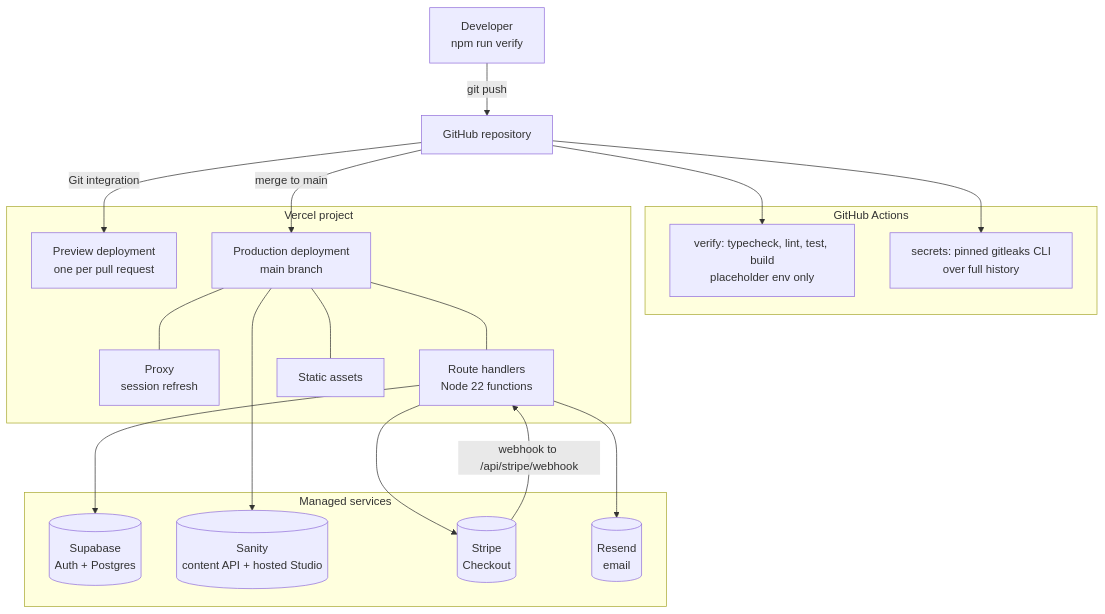
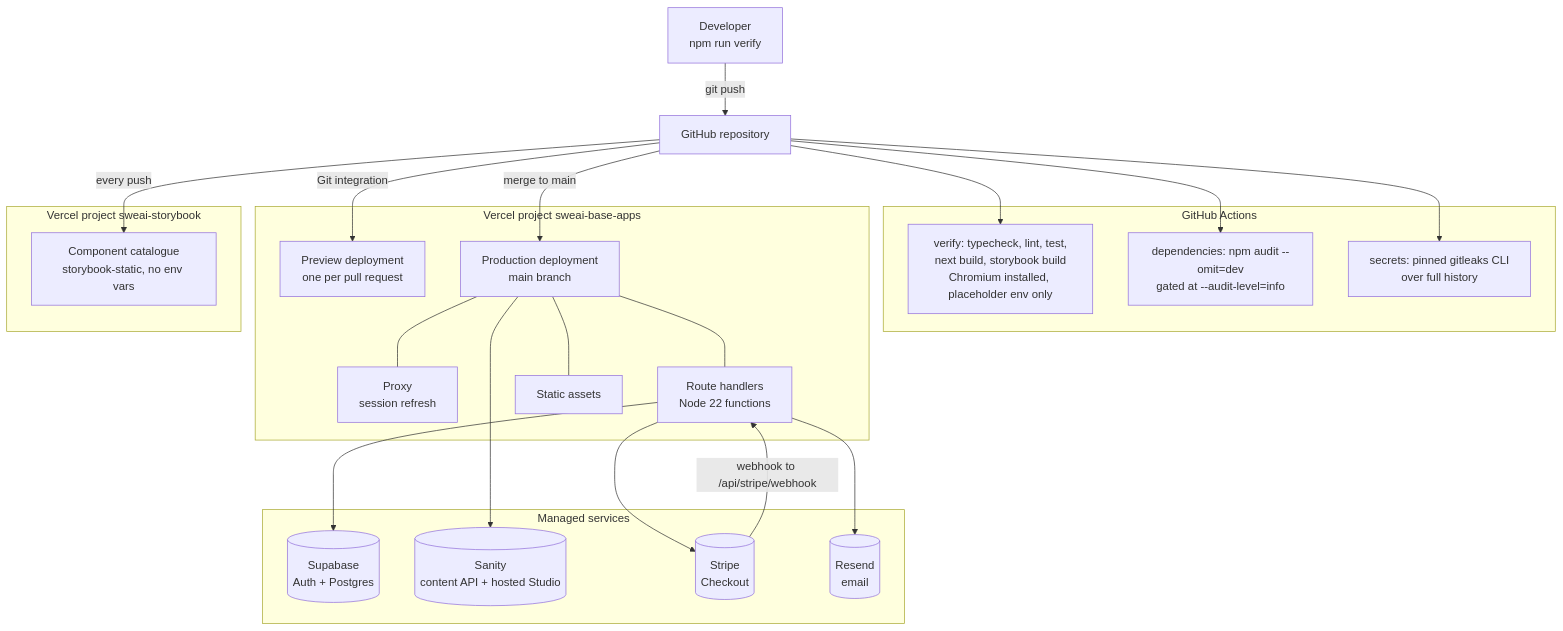
One commit to arqui-dev/sweai-base-apps changed the diagram in docs/arc42/07-deployment-view.md. Above: the diagram before and after it, drawn with Mermaid. The commit also changed 11 other files, not shown here.

````diff
--- a/docs/arc42/07-deployment-view.md
+++ b/docs/arc42/07-deployment-view.md
@@ -3,39 +3,46 @@
 ```mermaid
 flowchart TB
   dev["Developer<br/>npm run verify"] -->|git push| gh[GitHub repository]
 
   subgraph CI["GitHub Actions"]
-    v["verify: typecheck, lint, test, build<br/>placeholder env only"]
+    v["verify: typecheck, lint, test,<br/>next build, storybook build<br/>Chromium installed, placeholder env only"]
+    d["dependencies: npm audit --omit=dev<br/>gated at --audit-level=info"]
     s["secrets: pinned gitleaks CLI<br/>over full history"]
   end
 
   gh --> v
+  gh --> d
   gh --> s
 
-  subgraph VC["Vercel project"]
+  subgraph VC["Vercel project sweai-base-apps"]
     prev["Preview deployment<br/>one per pull request"]
     prod["Production deployment<br/>main branch"]
     edge["Proxy<br/>session refresh"]
     fn["Route handlers<br/>Node 22 functions"]
     stat["Static assets"]
   end
 
+  subgraph SB["Vercel project sweai-storybook"]
+    cat["Component catalogue<br/>storybook-static, no env vars"]
+  end
+
   gh -->|Git integration| prev
   gh -->|merge to main| prod
+  gh -->|every push| cat
   prod --- edge
   prod --- fn
   prod --- stat
 
   subgraph EXT["Managed services"]
     sb[("Supabase<br/>Auth + Postgres")]
     san[("Sanity<br/>content API + hosted Studio")]
     st[("Stripe<br/>Checkout")]
     rs[("Resend<br/>email")]
   end
 
   fn --> sb
   fn --> st
   fn --> rs
   prod --> san
   st -->|webhook to /api/stripe/webhook| fn
 ```
````
